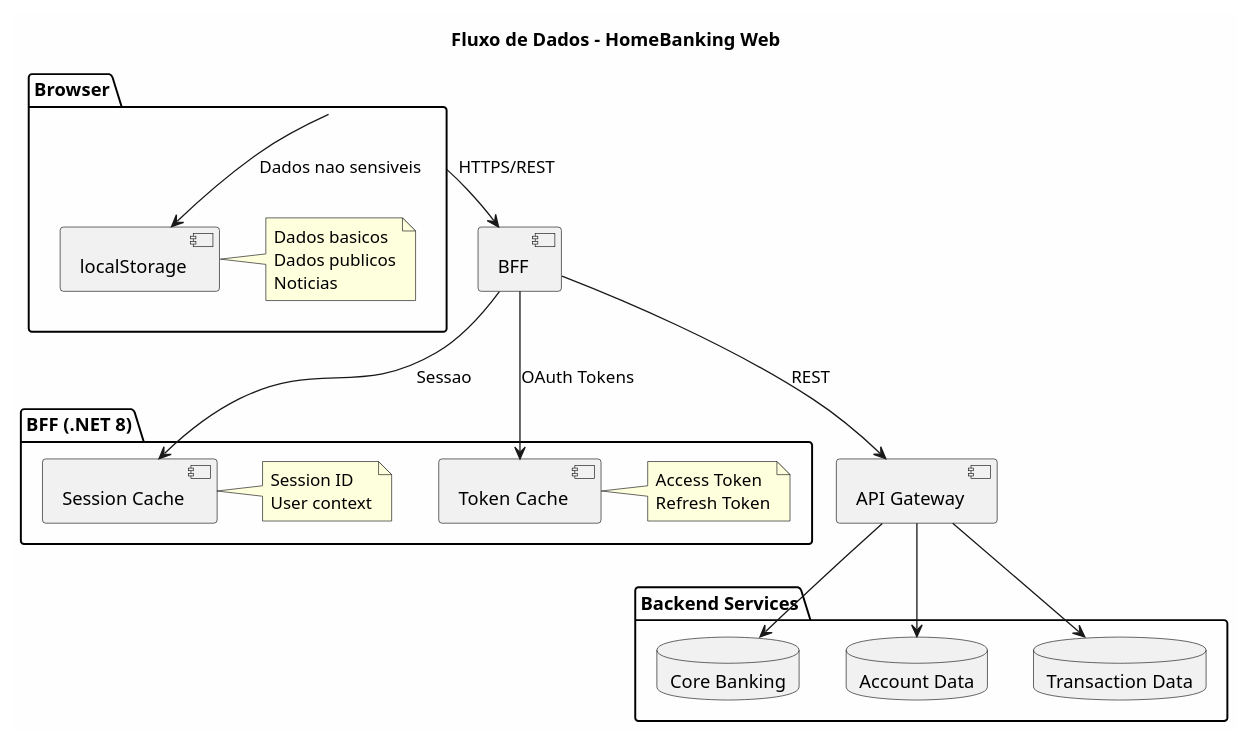
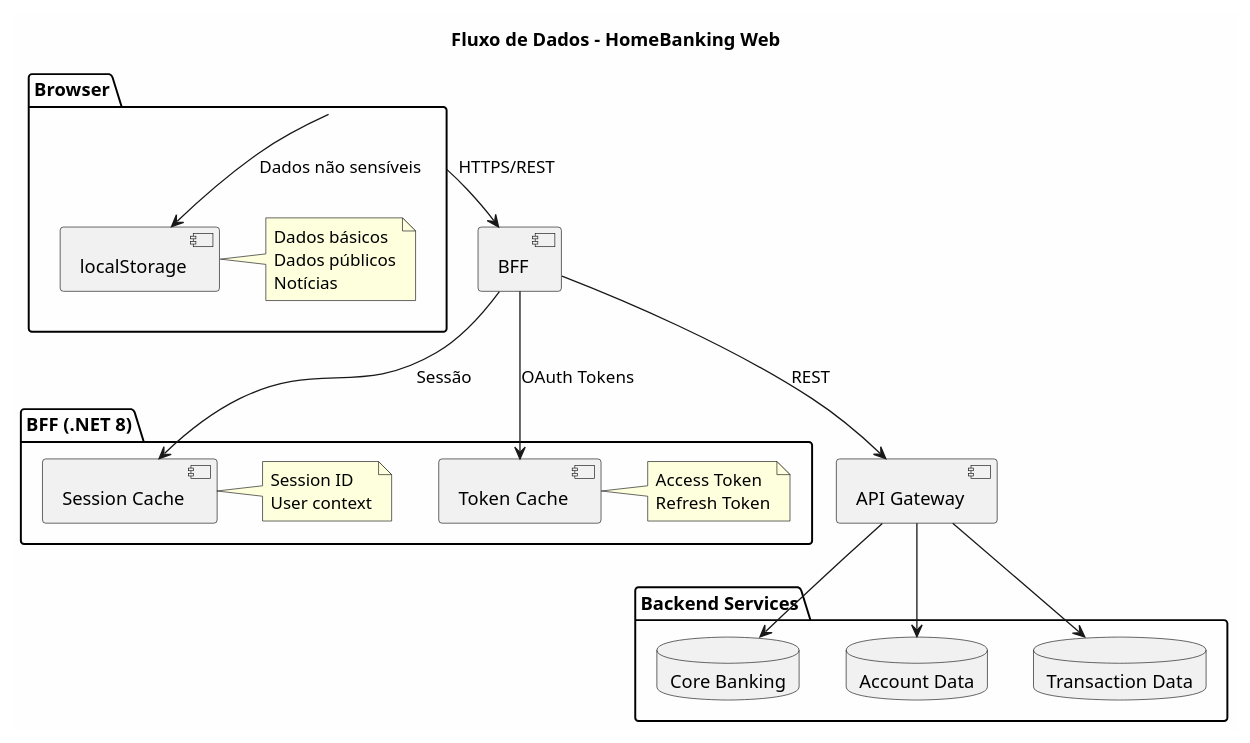
Before and after one commit to beduardo/novobanco_website_doc: the first of 3 diagrams in current/sections/SEC-06-arquitetura-dados.md, drawn with PlantUML. The commit also changed other lines of this file and 182 other files, not shown here.

````diff
--- a/current/sections/SEC-06-arquitetura-dados.md
+++ b/current/sections/SEC-06-arquitetura-dados.md
@@ -35,35 +35,35 @@
 ```plantuml
 @startuml
 skinparam backgroundColor #FEFEFE
 
 title Fluxo de Dados - HomeBanking Web
 
 package "Browser" {
     [localStorage] as LS
-    note right of LS : Dados basicos\nDados publicos\nNoticias
+    note right of LS : Dados básicos\nDados públicos\nNotícias
 }
 
 package "BFF (.NET 8)" {
     [Session Cache] as SC
     [Token Cache] as TC
     note right of SC : Session ID\nUser context
     note right of TC : Access Token\nRefresh Token
 }
 
 package "Backend Services" {
     database "Core Banking" as CB
     database "Account Data" as AD
     database "Transaction Data" as TD
 }
 
-[Browser] --> LS : Dados nao sensiveis
+[Browser] --> LS : Dados não sensíveis
 [Browser] --> [BFF] : HTTPS/REST
-[BFF] --> SC : Sessao
+[BFF] --> SC : Sessão
 [BFF] --> TC : OAuth Tokens
 [BFF] --> [API Gateway] : REST
 [API Gateway] --> CB
 [API Gateway] --> AD
 [API Gateway] --> TD
 
 @enduml
 ```
````
